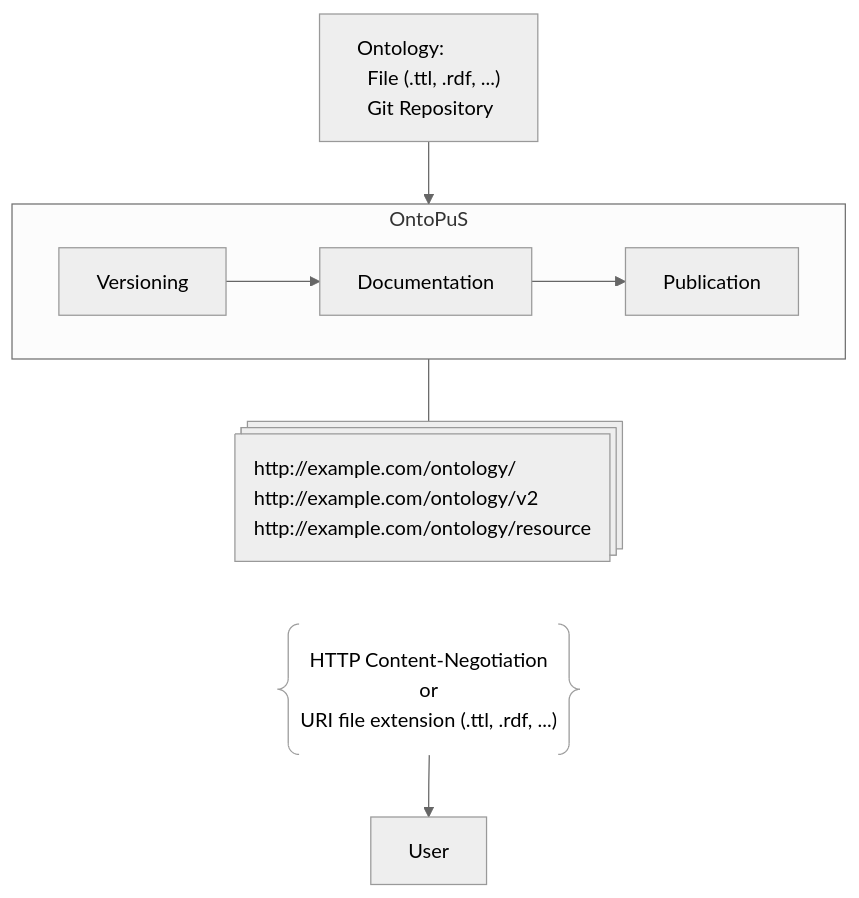
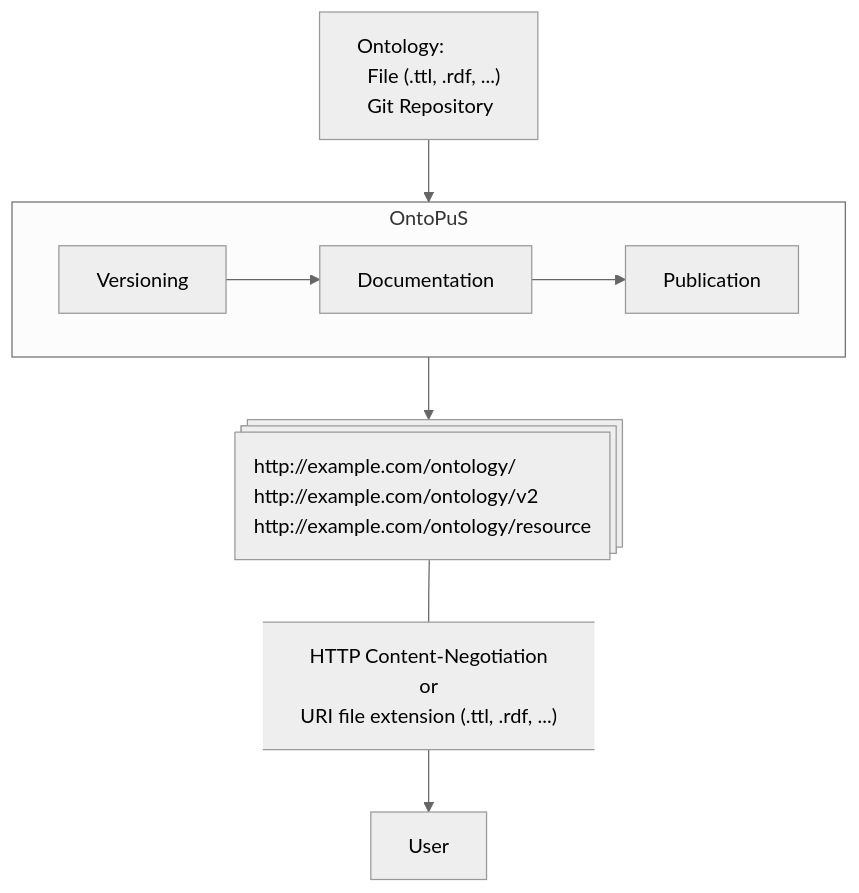
One commit to lukaskabc/ontopus changed the diagram in README.md. Above: the diagram before and after it, drawn with Mermaid (neutral theme).

Commit message:
Fix mermaid diagram
Improve the mermaid diagram by replacing curly brackets with rectangle like shape and adding missing link between addresses and negotiation

````diff
--- a/README.md
+++ b/README.md
@@ -63,35 +63,31 @@
 ```mermaid
 flowchart TD
     Ontology["`
         <p style="text-align: left">
             Ontology:<br/>
             &nbsp;&nbsp;File (.ttl, .rdf, ...)<br/>
             &nbsp;&nbsp;Git Repository
         </p>
     `"]
 
     subgraph OntoPuS["OntoPuS"]
         Versioning["Versioning"]
         Doc["Documentation"]
         Pub["Publication"]
 
         Versioning --> Doc
         Doc --> Pub
     end
 
-    Ontology --> OntoPuS
-
     User[User]
 
-    negotiation@{ shape: braces, label: "<p style="white-space: nowrap">HTTP Content-Negotiation
+    negotiation@{ shape: datastore, label: "<p style="white-space: nowrap">HTTP Content-Negotiation
         or
         URI file extension (.ttl, .rdf, ...)</p>"}
-
-    negotiation ~~~ address
 
     address@{ shape: procs, label: "<p style="white-space: nowrap; text-align: left">http://example.com/ontology/
         http://example.com/ontology/v2
         http://example.com/ontology/resource</p>"}
 
-    OntoPuS --- address ~~~ negotiation --> User
+    Ontology --> OntoPuS --> address --- negotiation --> User
 ```
````
